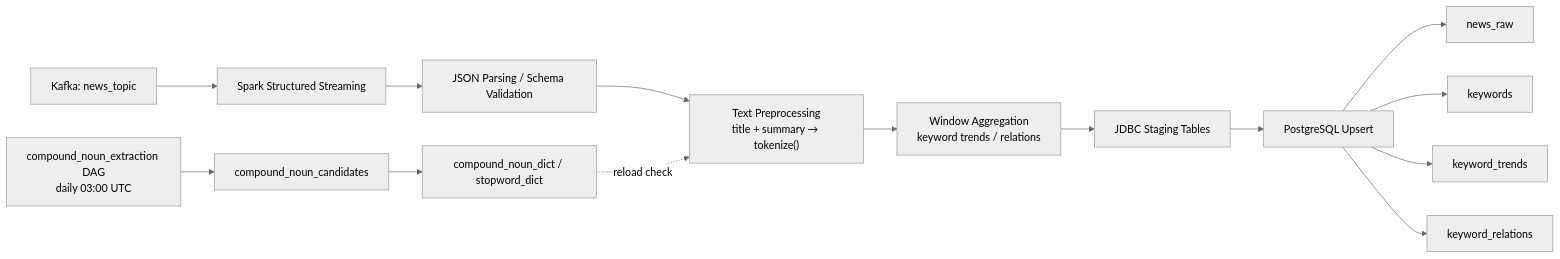
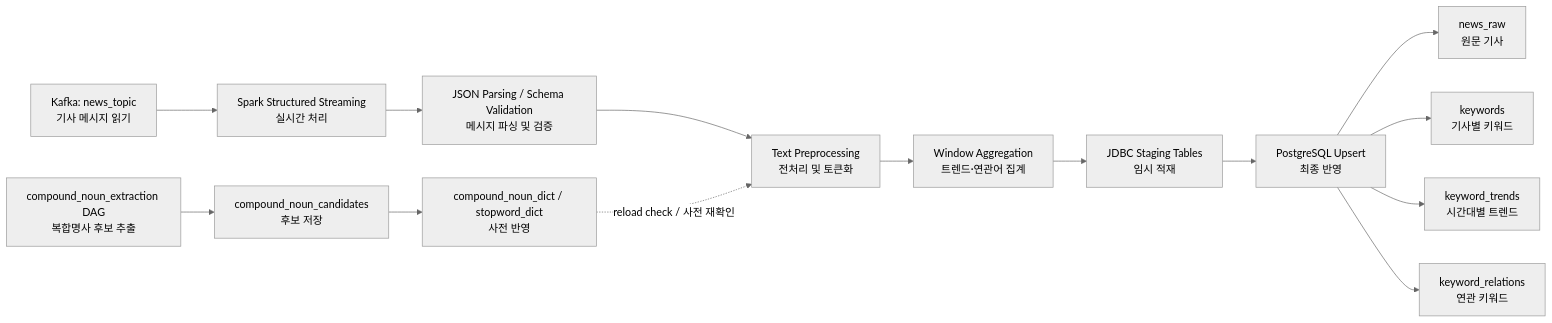
One commit to yeongmin-yu/news-trend-pipeline-dev changed the second of 2 diagrams in docs/STEP2_PROCESSING_IMPLEMENTATION.md. Above: the diagram before and after it, drawn with Mermaid (neutral theme). The commit also changed other lines of this file, not shown here.

Commit message:
docs: add korean labels to pipeline diagrams

````diff
--- a/docs/STEP2_PROCESSING_IMPLEMENTATION.md
+++ b/docs/STEP2_PROCESSING_IMPLEMENTATION.md
@@ -25,18 +25,18 @@
 ```mermaid
 flowchart LR
-    A["Kafka: news_topic"] --> B["Spark Structured Streaming"]
-    B --> C["JSON Parsing / Schema Validation"]
-    C --> D["Text Preprocessing<br/>title + summary → tokenize()"]
-    D --> E["Window Aggregation<br/>keyword trends / relations"]
-    E --> F["JDBC Staging Tables"]
-    F --> G["PostgreSQL Upsert"]
+    A["Kafka: news_topic<br/>기사 메시지 읽기"] --> B["Spark Structured Streaming<br/>실시간 처리"]
+    B --> C["JSON Parsing / Schema Validation<br/>메시지 파싱 및 검증"]
+    C --> D["Text Preprocessing<br/>전처리 및 토큰화"]
+    D --> E["Window Aggregation<br/>트렌드·연관어 집계"]
+    E --> F["JDBC Staging Tables<br/>임시 적재"]
+    F --> G["PostgreSQL Upsert<br/>최종 반영"]
 
-    G --> H["news_raw"]
-    G --> I["keywords"]
-    G --> J["keyword_trends"]
-    G --> K["keyword_relations"]
+    G --> H["news_raw<br/>원문 기사"]
+    G --> I["keywords<br/>기사별 키워드"]
+    G --> J["keyword_trends<br/>시간대별 트렌드"]
+    G --> K["keyword_relations<br/>연관 키워드"]
 
-    L["compound_noun_extraction DAG<br/>daily 03:00 UTC"] --> M["compound_noun_candidates"]
-    M --> N["compound_noun_dict / stopword_dict"]
-    N -. reload check .-> D
+    L["compound_noun_extraction DAG<br/>복합명사 후보 추출"] --> M["compound_noun_candidates<br/>후보 저장"]
+    M --> N["compound_noun_dict / stopword_dict<br/>사전 반영"]
+    N -. reload check / 사전 재확인 .-> D
 ```
````
